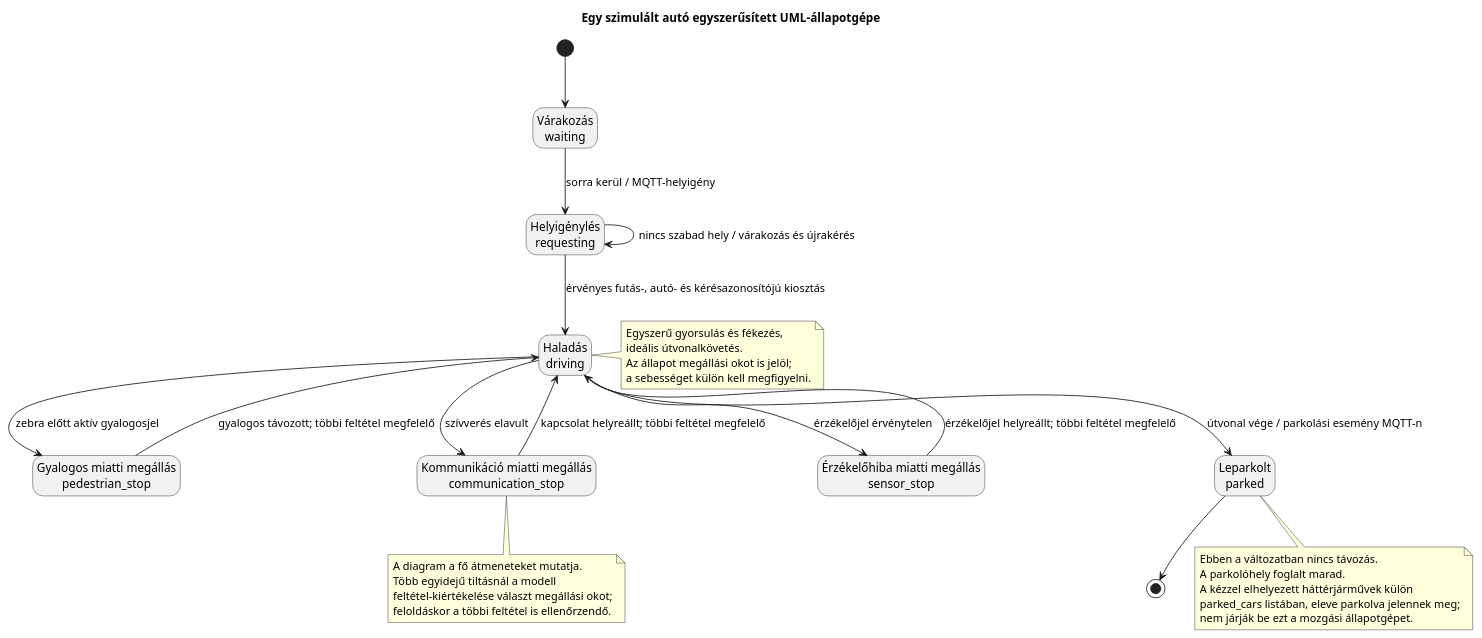
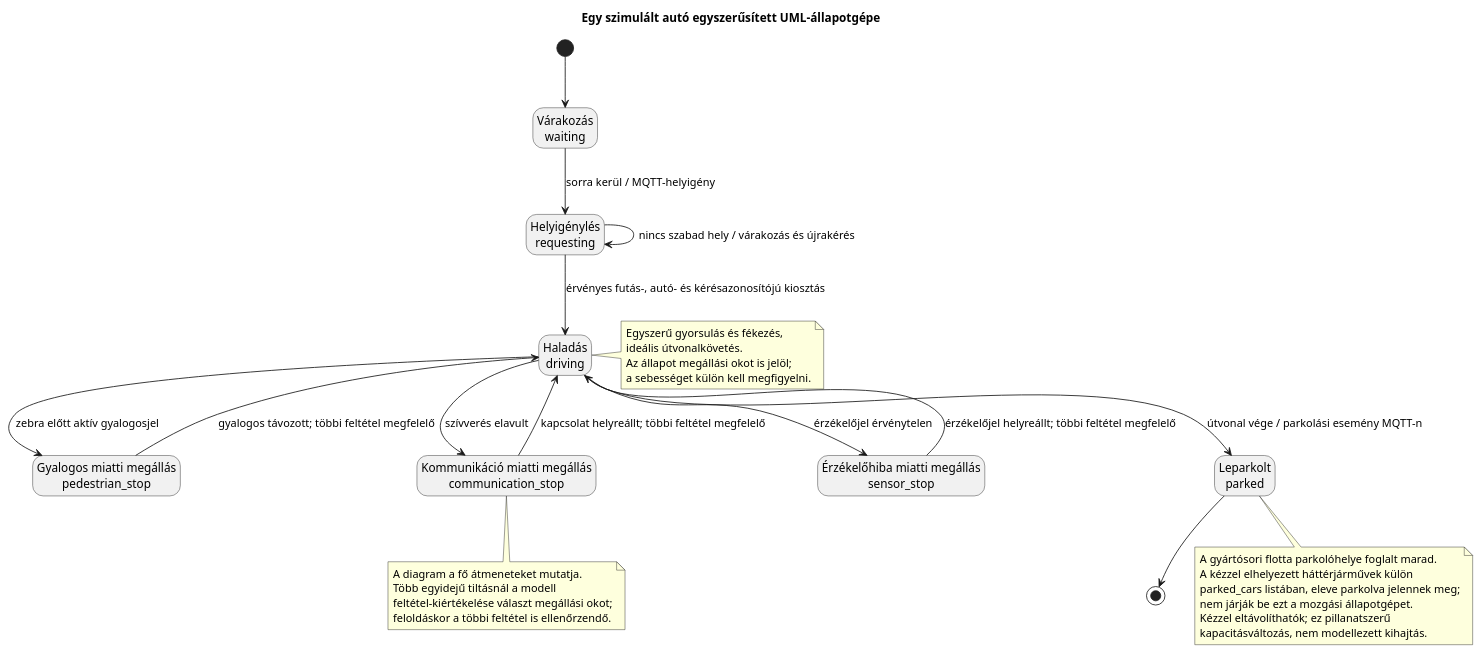
The diagram in docs/state-machine.puml (JackYHUN/ipar4-gyari-jarmuparkolas), drawn with PlantUML before and after one commit. The commit also changed 14 other files, not shown here.

```diff
--- a/docs/state-machine.puml
+++ b/docs/state-machine.puml
@@ -1,46 +1,47 @@
 @startuml
 title Egy szimulált autó egyszerűsített UML-állapotgépe
 hide empty description
 skinparam shadowing false
 
 state "Várakozás\nwaiting" as waiting
 state "Helyigénylés\nrequesting" as requesting
 state "Haladás\ndriving" as driving
 state "Gyalogos miatti megállás\npedestrian_stop" as pedestrian_stop
 state "Kommunikáció miatti megállás\ncommunication_stop" as communication_stop
 state "Érzékelőhiba miatti megállás\nsensor_stop" as sensor_stop
 state "Leparkolt\nparked" as parked
 
 [*] --> waiting
 waiting --> requesting : sorra kerül / MQTT-helyigény
 requesting --> requesting : nincs szabad hely / várakozás és újrakérés
 requesting --> driving : érvényes futás-, autó- és kérésazonosítójú kiosztás
 driving --> pedestrian_stop : zebra előtt aktív gyalogosjel
 pedestrian_stop --> driving : gyalogos távozott; többi feltétel megfelelő
 driving --> communication_stop : szívverés elavult
 communication_stop --> driving : kapcsolat helyreállt; többi feltétel megfelelő
 driving --> sensor_stop : érzékelőjel érvénytelen
 sensor_stop --> driving : érzékelőjel helyreállt; többi feltétel megfelelő
 driving --> parked : útvonal vége / parkolási esemény MQTT-n
 parked --> [*]
 
 note right of driving
   Egyszerű gyorsulás és fékezés,
   ideális útvonalkövetés.
   Az állapot megállási okot is jelöl;
   a sebességet külön kell megfigyelni.
 end note
 note bottom of communication_stop
   A diagram a fő átmeneteket mutatja.
   Több egyidejű tiltásnál a modell
   feltétel-kiértékelése választ megállási okot;
   feloldáskor a többi feltétel is ellenőrzendő.
 end note
 note bottom of parked
-  Ebben a változatban nincs távozás.
-  A parkolóhely foglalt marad.
+  A gyártósori flotta parkolóhelye foglalt marad.
   A kézzel elhelyezett háttérjárművek külön
   parked_cars listában, eleve parkolva jelennek meg;
   nem járják be ezt a mozgási állapotgépet.
+  Kézzel eltávolíthatók; ez pillanatszerű
+  kapacitásváltozás, nem modellezett kihajtás.
 end note
 @enduml
```
